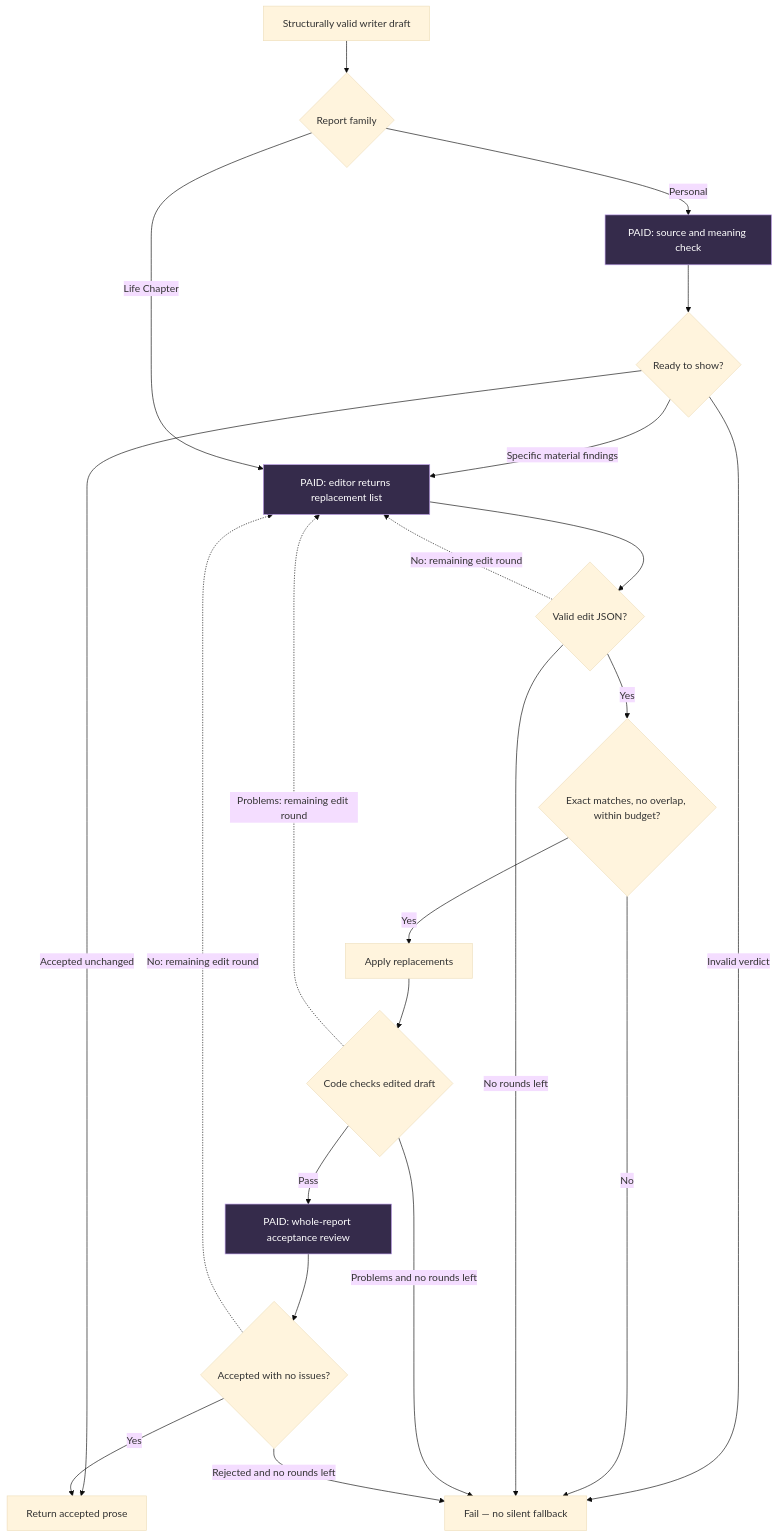
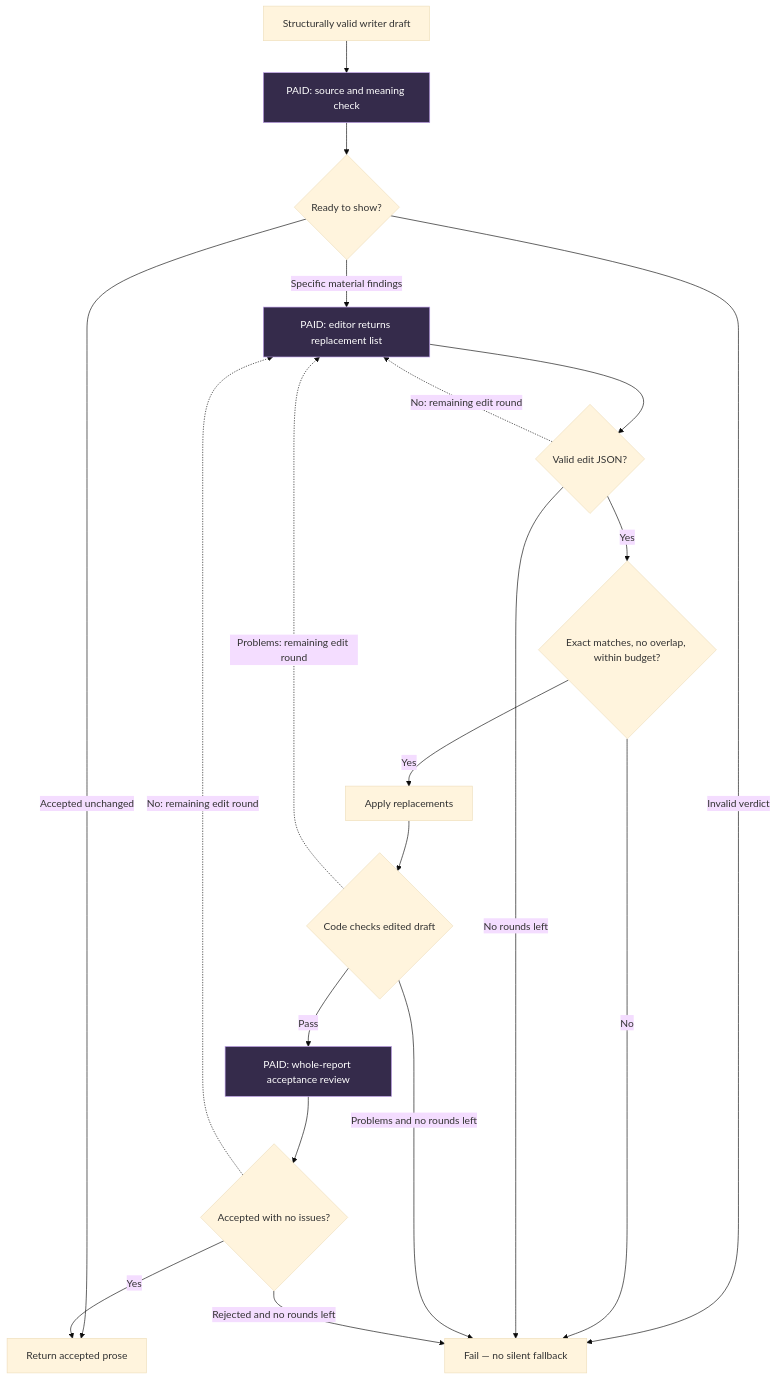
One commit to tonycecala/Astra changed the second of 2 diagrams in docs/architecture/REPORT_WRITING_FLOW.md. Above: the diagram before and after it, drawn with Mermaid (base theme). The commit also changed other lines of this file and 4 other files, not shown here.

````diff
--- a/docs/architecture/REPORT_WRITING_FLOW.md
+++ b/docs/architecture/REPORT_WRITING_FLOW.md
@@ -73,29 +71,27 @@
 ```mermaid
 flowchart TD
-    D["Structurally valid writer draft"] --> K{"Report family"}
-    K -->|Personal| P["PAID: source and meaning check"]
+    D["Structurally valid writer draft"] --> P["PAID: source and meaning check"]
     P --> Q0{"Ready to show?"}
     Q0 -->|Accepted unchanged| O["Return accepted prose"]
     Q0 -->|Specific material findings| E["PAID: editor returns replacement list"]
     Q0 -->|Invalid verdict| F["Fail — no silent fallback"]
-    K -->|Life Chapter| E
     E --> J{"Valid edit JSON?"}
     J -.->|No: remaining edit round| E
     J -->|Yes| B{"Exact matches, no overlap, within budget?"}
     B -->|No| F["Fail — no silent fallback"]
     B -->|Yes| A["Apply replacements"]
     A --> C{"Code checks edited draft"}
     C -.->|Problems: remaining edit round| E
     C -->|Pass| R["PAID: whole-report acceptance review"]
     R --> Q{"Accepted with no issues?"}
     Q -->|Yes| O
     Q -.->|No: remaining edit round| E
     J -->|No rounds left| F
     C -->|Problems and no rounds left| F
     Q -->|Rejected and no rounds left| F
     click E "../../packages/astrology/src/report/portraitsV4.ts" "editPortraitV4Draft"
     click B "../../packages/astrology/src/report/portraitsV4.ts" "applyPortraitV4Edits"
     click R "../../packages/astrology/src/report/portraitsV4.ts" "portraitV4ReviewPrompt"
     classDef paid fill:#352b4b,stroke:#be9fea,color:#fff
     class E,R,P paid
 ```
````
